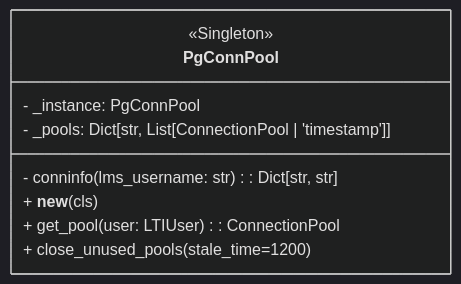
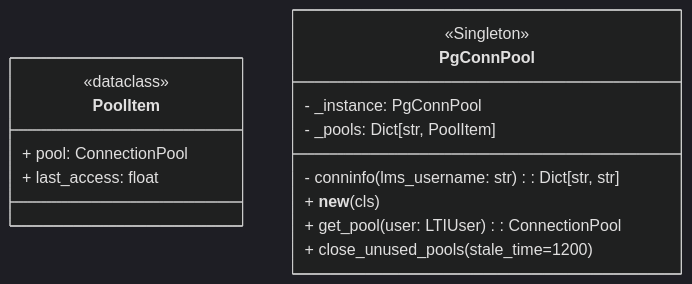
The second of 2 diagrams in docs/arc42/05_2_building_block_view.md (hochschule-augsburg/SQL-Train), drawn with Mermaid (dark theme) before and after one commit. The commit also changed other lines of this file, not shown here.

Commit message:
docs: 05_2 update PgConnPool diagram

````diff
--- a/docs/arc42/05_2_building_block_view.md
+++ b/docs/arc42/05_2_building_block_view.md
@@ -208,12 +191,17 @@
 ```mermaid
 classDiagram
+    class PoolItem{
+        <<dataclass>>
+        + pool: ConnectionPool
+        + last_access: float
+    }
     class PgConnPool {
         <<Singleton>>
         - _instance: PgConnPool
-        - _pools: Dict[str, List[ConnectionPool | 'timestamp']]
+        - _pools: Dict[str, PoolItem]
         - conninfo(lms_username: str): Dict[str, str]
         + __new__(cls)
         + get_pool(user: LTIUser): ConnectionPool
         + close_unused_pools(stale_time=1200)
     }
 ```
````
